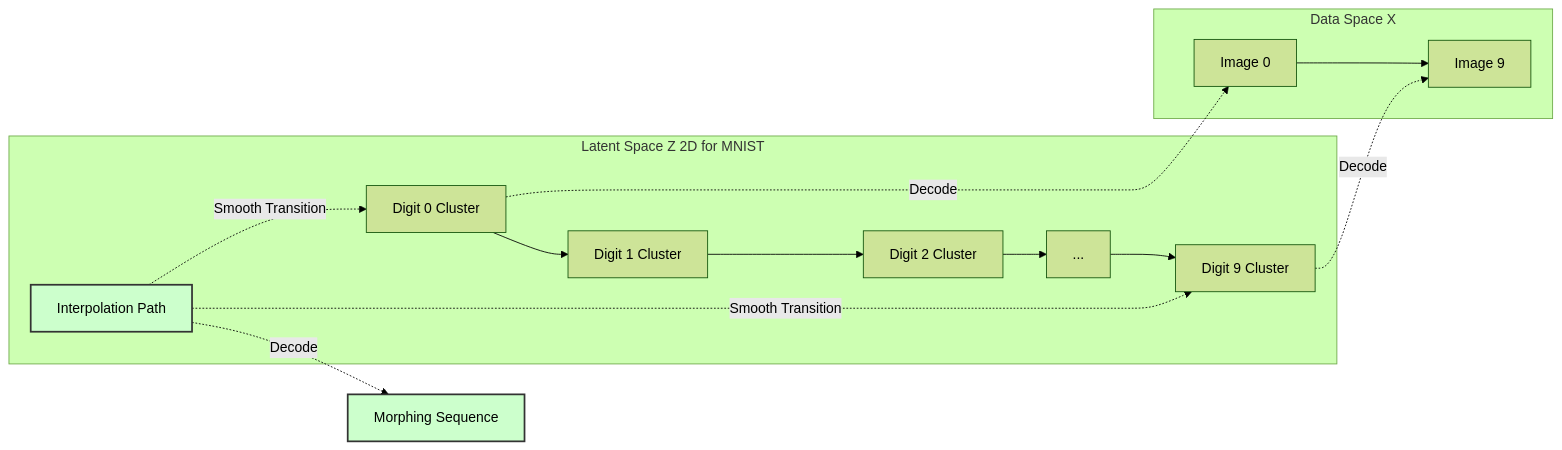
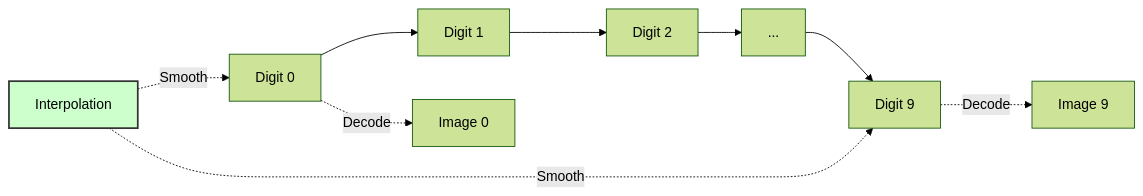
The fourth of 4 diagrams in src/data/blog/variational-autoencoders-from-compression-to-creation.md (gopikrishtummala/gopikrishtummala.github.io), drawn with Mermaid (forest theme) before and after one commit. The commit also changed other lines of this file, not shown here.

Commit message:
Simplify all Mermaid diagrams for better readability

````diff
--- a/src/data/blog/variational-autoencoders-from-compression-to-creation.md
+++ b/src/data/blog/variational-autoencoders-from-compression-to-creation.md
@@ -454,22 +444,12 @@
 ```mermaid
 graph LR
-    subgraph Latent["Latent Space Z 2D for MNIST"]
-        A[Digit 0 Cluster] --> B[Digit 1 Cluster]
-        B --> C[Digit 2 Cluster]
-        C --> D[...]
-        D --> E[Digit 9 Cluster]
-        F[Interpolation Path] -.->|Smooth Transition| A
-        F -.->|Smooth Transition| E
-    end
-    
-    subgraph Data["Data Space X"]
-        A1[Image 0] --> E1[Image 9]
-    end
-    
-    A -.->|Decode| A1
-    E -.->|Decode| E1
-    F -.->|Decode| F1[Morphing Sequence]
-    
+    A[Digit 0] --> B[Digit 1]
+    B --> C[Digit 2]
+    C --> D[...]
+    D --> E[Digit 9]
+    F[Interpolation] -.->|Smooth| A
+    F -.->|Smooth| E
+    A -.->|Decode| G[Image 0]
+    E -.->|Decode| H[Image 9]
     style F fill:#cfc,stroke:#333,stroke-width:2px
-    style F1 fill:#cfc,stroke:#333,stroke-width:2px
 ```
````
